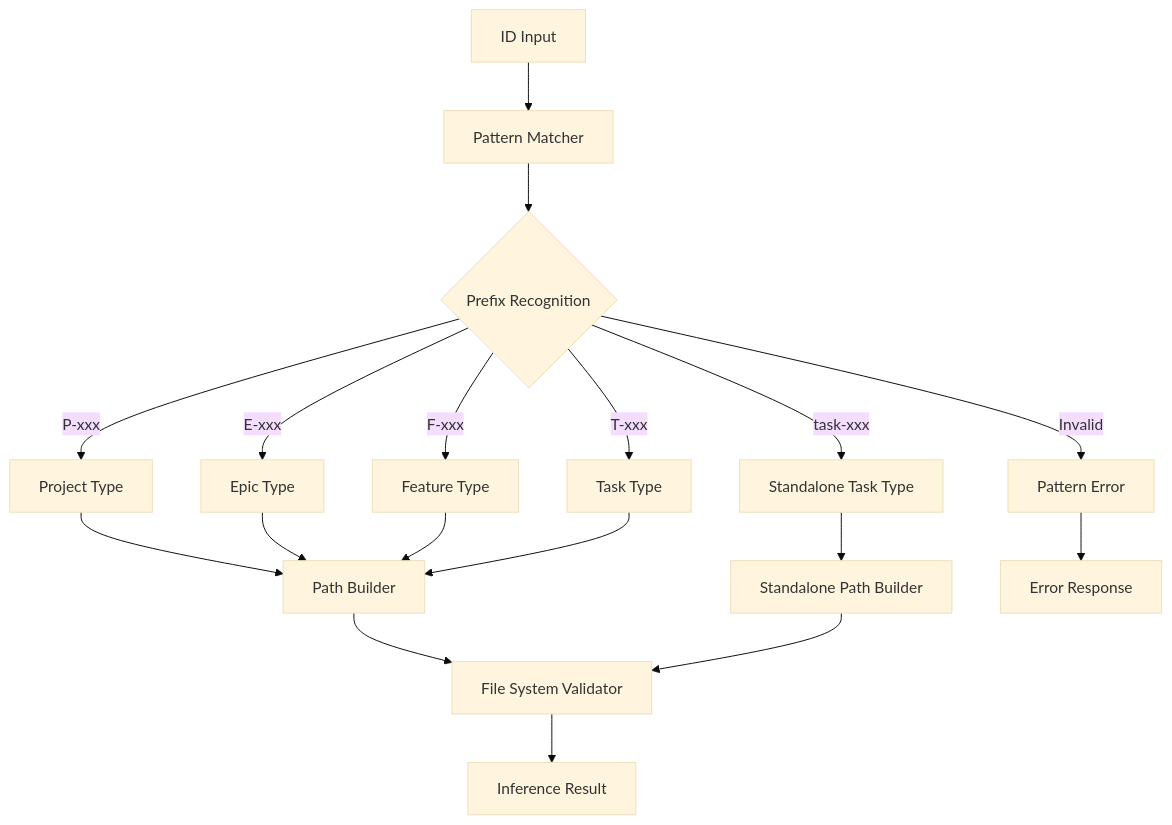
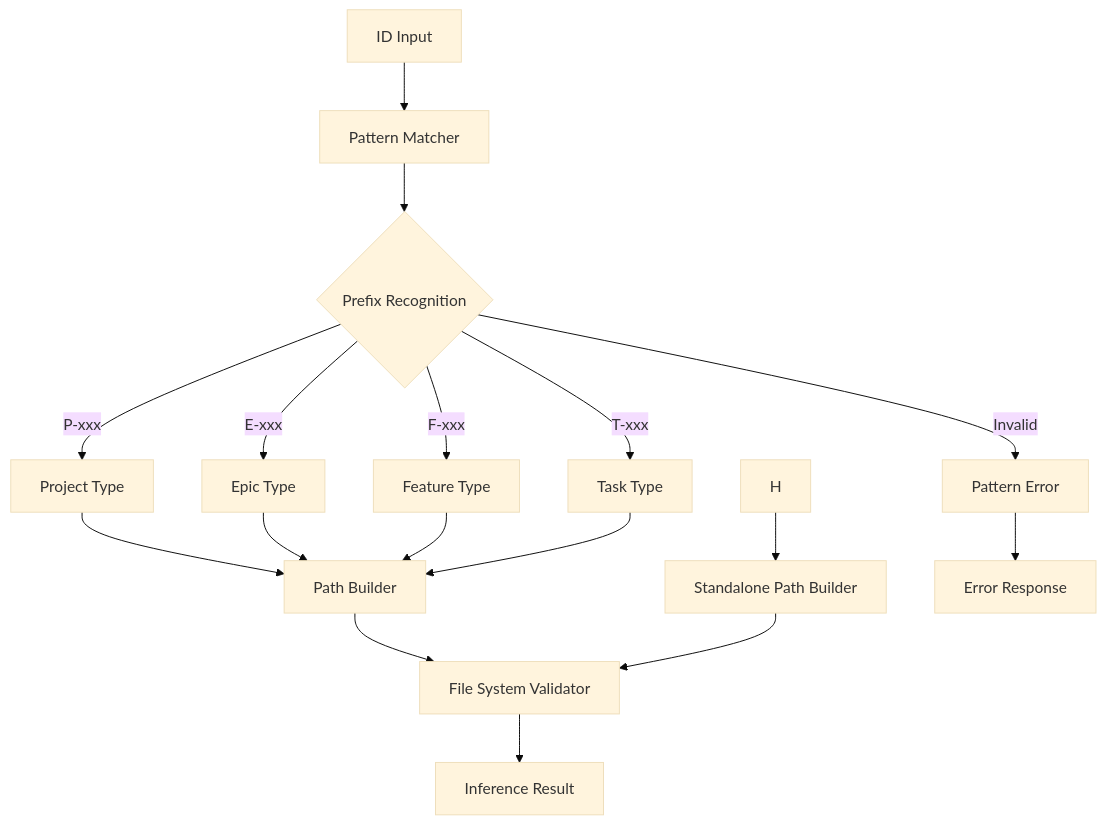
The diagram in planning/projects/P-trellis-mcp-tool-enhancements/epics/E-tool-interface-simplification/features/F-kind-inference-engine/feature.md (langadventurellc/trellis-mcp), drawn with Mermaid (base theme) before and after one commit. The commit also changed other lines of this file and 6 other files, not shown here.

````diff
--- a/planning/projects/P-trellis-mcp-tool-enhancements/epics/E-tool-interface-simplification/features/F-kind-inference-engine/feature.md
+++ b/planning/projects/P-trellis-mcp-tool-enhancements/epics/E-tool-interface-simplification/features/F-kind-inference-engine/feature.md
@@ -72,22 +72,21 @@
 ```mermaid
 graph TD
     A[ID Input] --> B[Pattern Matcher]
     B --> C{Prefix Recognition}
     C -->|P-xxx| D[Project Type]
     C -->|E-xxx| E[Epic Type]
     C -->|F-xxx| F[Feature Type]  
     C -->|T-xxx| G[Task Type]
-    C -->|task-xxx| H[Standalone Task Type]
     C -->|Invalid| I[Pattern Error]
     
     D --> J[Path Builder]
     E --> J
     F --> J
     G --> J
     H --> K[Standalone Path Builder]
     
     J --> L[File System Validator]
     K --> L
     L --> M[Inference Result]
     I --> N[Error Response]
 ```
````
